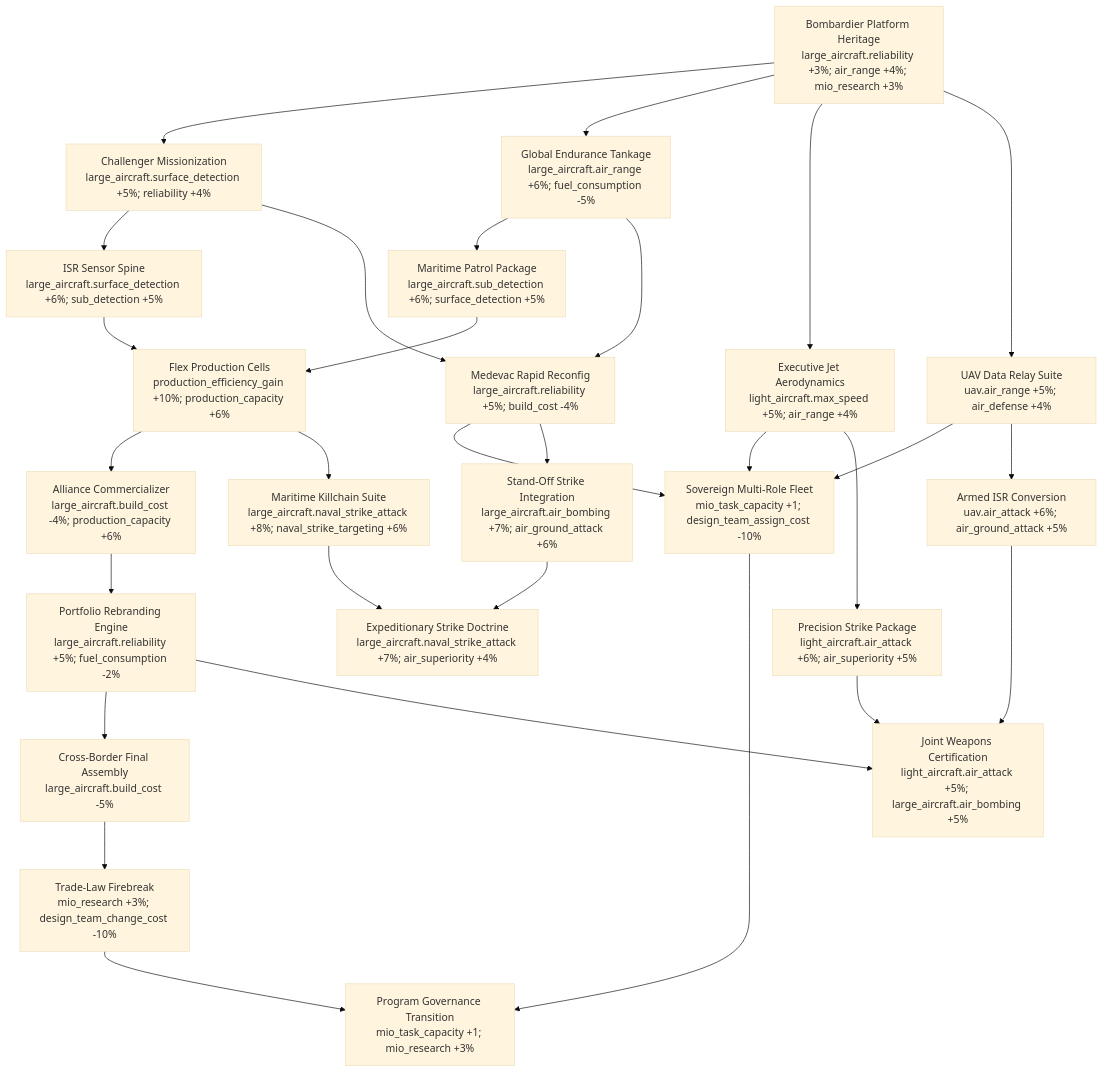
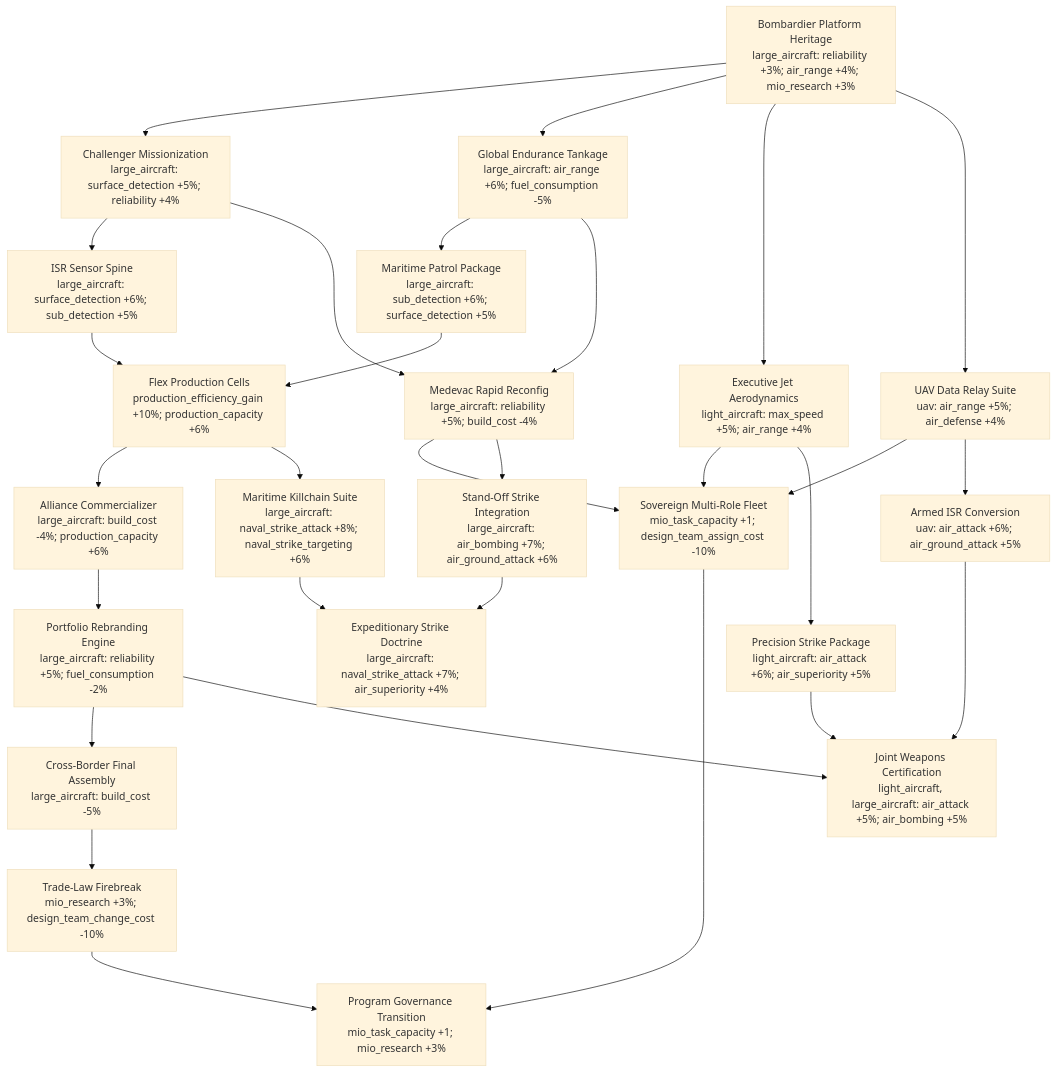
Before and after one commit to MillenniumDawn/Millennium-Dawn: the second of 9 diagrams in docs/countries/canada/mio.md, drawn with Mermaid (base theme). The commit also changed other lines of this file and 3 other files, not shown here.

Commit message:
feat: Mermaid to MIO script

````diff
--- a/docs/countries/canada/mio.md
+++ b/docs/countries/canada/mio.md
@@ -80,53 +80,53 @@
 ```mermaid
 flowchart TD
-    B0["Bombardier Platform Heritage<br/>large_aircraft.reliability +3%; air_range +4%; mio_research +3%"]
-    B1["Challenger Missionization<br/>large_aircraft.surface_detection +5%; reliability +4%"]
-    B2["Global Endurance Tankage<br/>large_aircraft.air_range +6%; fuel_consumption -5%"]
-    B3["ISR Sensor Spine<br/>large_aircraft.surface_detection +6%; sub_detection +5%"]
-    B4["Maritime Patrol Package<br/>large_aircraft.sub_detection +6%; surface_detection +5%"]
-    B5["Medevac Rapid Reconfig<br/>large_aircraft.reliability +5%; build_cost -4%"]
+    B0["Bombardier Platform Heritage<br/>large_aircraft: reliability +3%; air_range +4%; mio_research +3%"]
+    B1["Challenger Missionization<br/>large_aircraft: surface_detection +5%; reliability +4%"]
+    B2["Global Endurance Tankage<br/>large_aircraft: air_range +6%; fuel_consumption -5%"]
+    B3["ISR Sensor Spine<br/>large_aircraft: surface_detection +6%; sub_detection +5%"]
+    B4["Maritime Patrol Package<br/>large_aircraft: sub_detection +6%; surface_detection +5%"]
+    B5["Medevac Rapid Reconfig<br/>large_aircraft: reliability +5%; build_cost -4%"]
     B6["Flex Production Cells<br/>production_efficiency_gain +10%; production_capacity +6%"]
-    B7["Executive Jet Aerodynamics<br/>light_aircraft.max_speed +5%; air_range +4%"]
-    B8["UAV Data Relay Suite<br/>uav.air_range +5%; air_defense +4%"]
+    B7["Executive Jet Aerodynamics<br/>light_aircraft: max_speed +5%; air_range +4%"]
+    B8["UAV Data Relay Suite<br/>uav: air_range +5%; air_defense +4%"]
     B9["Sovereign Multi-Role Fleet<br/>mio_task_capacity +1; design_team_assign_cost -10%"]
-    B10["Alliance Commercializer<br/>large_aircraft.build_cost -4%; production_capacity +6%"]
-    B11["Portfolio Rebranding Engine<br/>large_aircraft.reliability +5%; fuel_consumption -2%"]
-    B12["Cross-Border Final Assembly<br/>large_aircraft.build_cost -5%"]
+    B10["Alliance Commercializer<br/>large_aircraft: build_cost -4%; production_capacity +6%"]
+    B11["Portfolio Rebranding Engine<br/>large_aircraft: reliability +5%; fuel_consumption -2%"]
+    B12["Cross-Border Final Assembly<br/>large_aircraft: build_cost -5%"]
     B13["Trade-Law Firebreak<br/>mio_research +3%; design_team_change_cost -10%"]
     B14["Program Governance Transition<br/>mio_task_capacity +1; mio_research +3%"]
-    B15["Precision Strike Package<br/>light_aircraft.air_attack +6%; air_superiority +5%"]
-    B16["Maritime Killchain Suite<br/>large_aircraft.naval_strike_attack +8%; naval_strike_targeting +6%"]
-    B17["Stand-Off Strike Integration<br/>large_aircraft.air_bombing +7%; air_ground_attack +6%"]
-    B18["Armed ISR Conversion<br/>uav.air_attack +6%; air_ground_attack +5%"]
-    B19["Joint Weapons Certification<br/>light_aircraft.air_attack +5%; large_aircraft.air_bombing +5%"]
-    B20["Expeditionary Strike Doctrine<br/>large_aircraft.naval_strike_attack +7%; air_superiority +4%"]
+    B15["Precision Strike Package<br/>light_aircraft: air_attack +6%; air_superiority +5%"]
+    B16["Maritime Killchain Suite<br/>large_aircraft: naval_strike_attack +8%; naval_strike_targeting +6%"]
+    B17["Stand-Off Strike Integration<br/>large_aircraft: air_bombing +7%; air_ground_attack +6%"]
+    B18["Armed ISR Conversion<br/>uav: air_attack +6%; air_ground_attack +5%"]
+    B19["Joint Weapons Certification<br/>light_aircraft, large_aircraft: air_attack +5%; air_bombing +5%"]
+    B20["Expeditionary Strike Doctrine<br/>large_aircraft: naval_strike_attack +7%; air_superiority +4%"]
 
     B0 --> B1
     B0 --> B2
     B0 --> B7
     B0 --> B8
     B1 --> B3
     B2 --> B4
     B1 --> B5
     B2 --> B5
     B3 --> B6
     B4 --> B6
     B7 --> B9
     B7 --> B15
     B8 --> B9
     B8 --> B18
     B5 --> B9
     B5 --> B17
     B6 --> B10
     B6 --> B16
     B10 --> B11
     B11 --> B12
     B11 --> B19
     B12 --> B13
     B15 --> B19
     B18 --> B19
     B16 --> B20
     B17 --> B20
     B9 --> B14
     B13 --> B14
 ```
````
